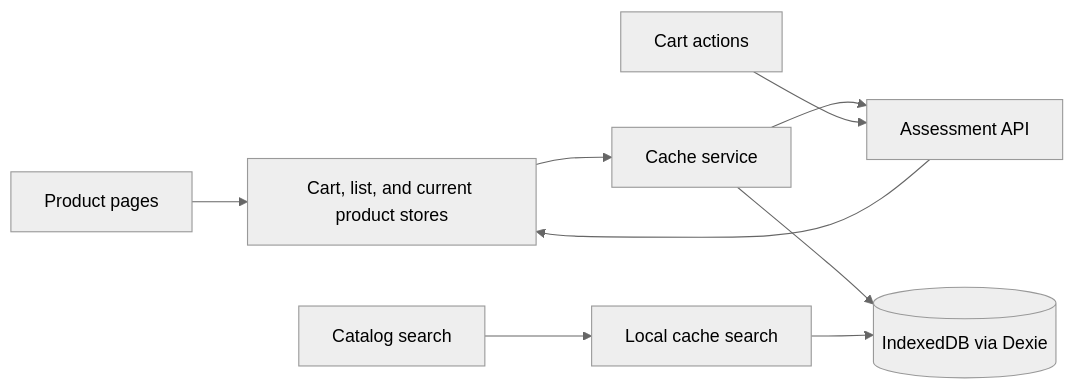
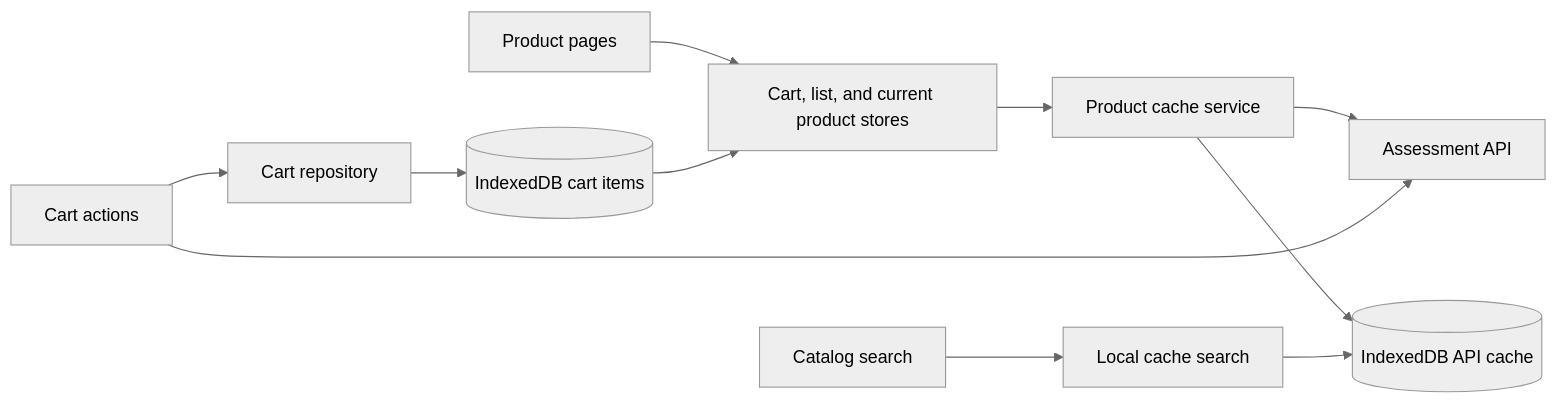
One commit to MaxiPS/mobile-storefront-challenge changed the diagram in README.md. Above: the diagram before and after it, drawn with Mermaid (neutral theme). The commit also changed other lines of this file, not shown here.

````diff
--- a/README.md
+++ b/README.md
@@ -69,11 +75,13 @@
 ```mermaid
 flowchart LR
   Pages[Product pages] --> Stores[Cart, list, and current product stores]
-  Stores --> Cache[Cache service]
+  Stores --> Cache[Product cache service]
   Cache --> API[Assessment API]
-  Cache --> DB[(IndexedDB via Dexie)]
+  Cache --> DB[(IndexedDB API cache)]
   Search[Catalog search] --> Repository[Local cache search]
   Repository --> DB
   Cart[Cart actions] --> API
-  API --> Stores
+  Cart --> CartRepository[Cart repository]
+  CartRepository --> CartDB[(IndexedDB cart items)]
+  CartDB --> Stores
 ```
````
